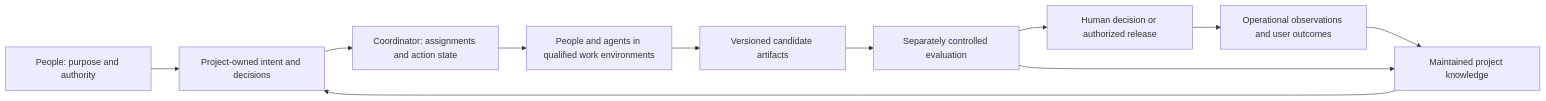
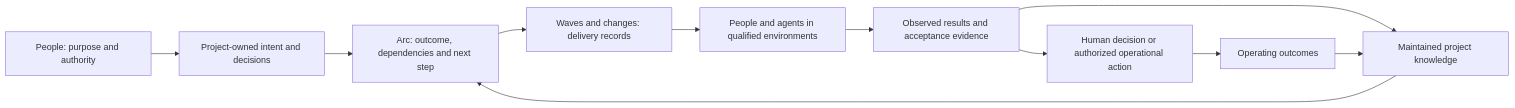
Before and after one commit to coryhacking/wavefoundry: the diagram in VISION.md, drawn with Mermaid. The commit also changed other lines of this file, not shown here.

Commit message:
docs: revise the product vision and roadmap

````diff
--- a/VISION.md
+++ b/VISION.md
@@ -224,13 +169,13 @@
 ```mermaid
 flowchart LR
-    H[People: purpose and authority] --> P[Project-owned intent and decisions]
-    P --> C[Coordinator: assignments and action state]
-    C --> W[People and agents in qualified work environments]
-    W --> A[Versioned candidate artifacts]
-    A --> E[Separately controlled evaluation]
-    E --> D[Human decision or authorized release]
-    D --> O[Operational observations and user outcomes]
-    O --> K[Maintained project knowledge]
-    K --> P
-    E --> K
+    P[People: purpose and authority] --> I[Project-owned intent and decisions]
+    I --> A[Arc: outcome, dependencies and next step]
+    A --> W[Waves and changes: delivery records]
+    W --> X[People and agents in qualified environments]
+    X --> E[Observed results and acceptance evidence]
+    E --> K[Maintained project knowledge]
+    K --> A
+    E --> D[Human decision or authorized operational action]
+    D --> O[Operating outcomes]
+    O --> K
 ```
````
